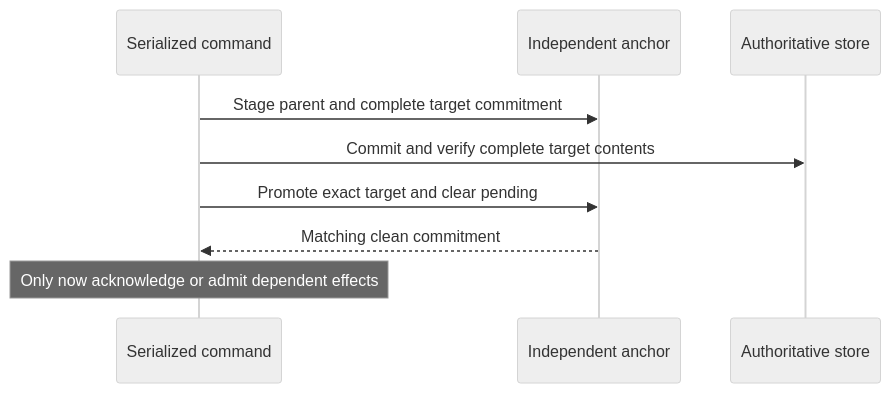
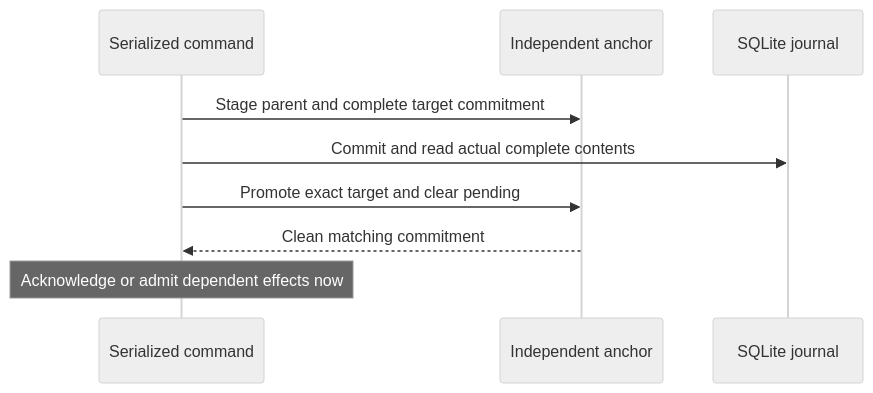
Before and after one commit to 58opals/OpalAgent: the second of 3 diagrams in Documentation/Architecture.md, drawn with Mermaid (neutral theme). The commit also changed other lines of this file and 24 other files, not shown here.

````diff
--- a/Documentation/Architecture.md
+++ b/Documentation/Architecture.md
@@ -54,11 +56,11 @@
 ```mermaid
 sequenceDiagram
     participant C as Serialized command
     participant A as Independent anchor
-    participant D as Authoritative store
+    participant D as SQLite journal
     C->>A: Stage parent and complete target commitment
-    C->>D: Commit and verify complete target contents
+    C->>D: Commit and read actual complete contents
     C->>A: Promote exact target and clear pending
-    A-->>C: Matching clean commitment
-    Note over C: Only now acknowledge or admit dependent effects
+    A-->>C: Clean matching commitment
+    Note over C: Acknowledge or admit dependent effects now
 ```
````
